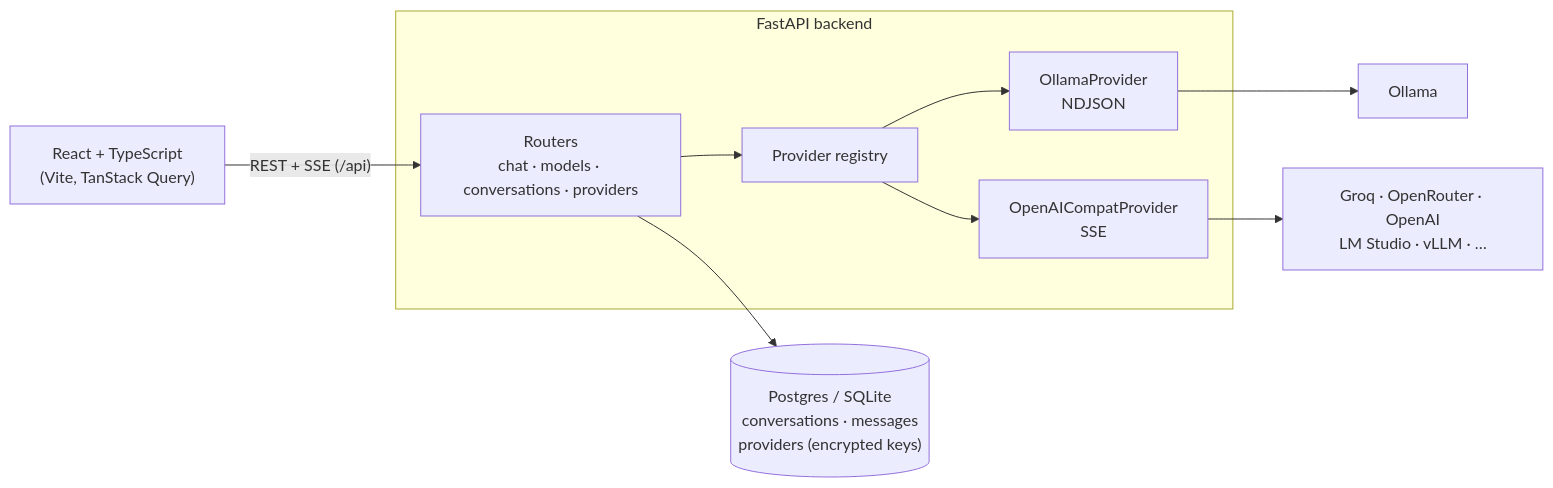
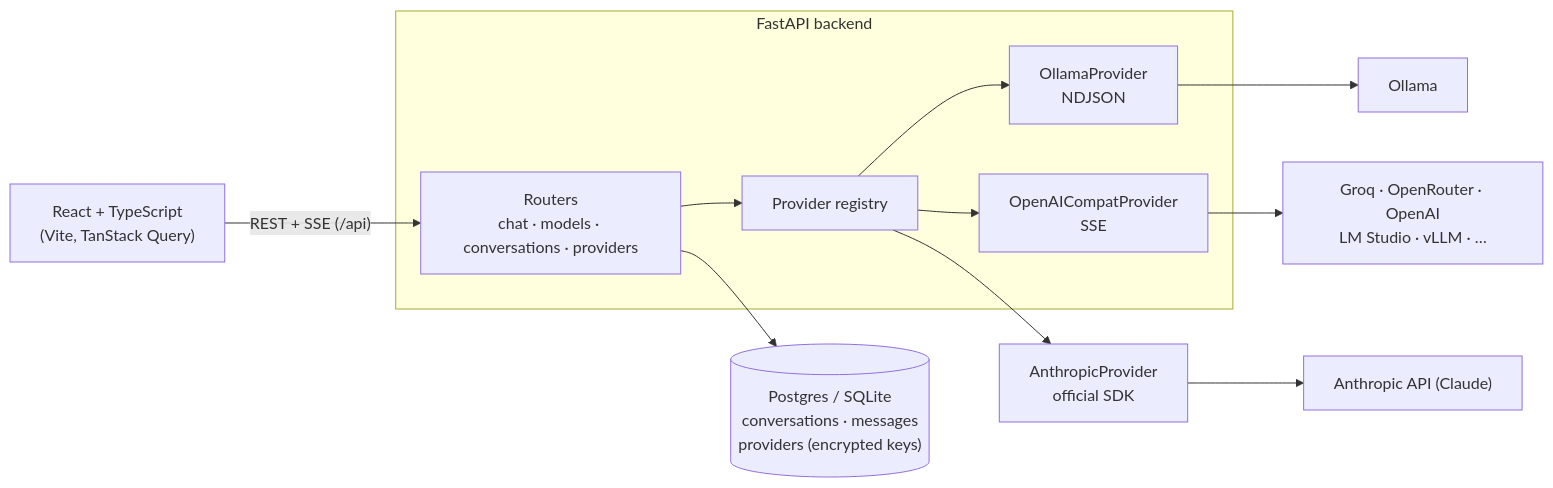
Before and after one commit to KartikSGulkotwar/webui-replica: the diagram in README.md, drawn with Mermaid. The commit also changed other lines of this file and 23 other files, not shown here.

First line of the commit message:
Phase 11: native Anthropic (Claude) provider

````diff
--- a/README.md
+++ b/README.md
@@ -33,18 +34,20 @@
 ```mermaid
 flowchart LR
     UI["React + TypeScript<br/>(Vite, TanStack Query)"]
     subgraph API["FastAPI backend"]
         R["Routers<br/>chat · models · conversations · providers"]
         REG["Provider registry"]
         OL["OllamaProvider<br/>NDJSON"]
         OA["OpenAICompatProvider<br/>SSE"]
         R --> REG
         REG --> OL
         REG --> OA
     end
     DB[("Postgres / SQLite<br/>conversations · messages<br/>providers (encrypted keys)")]
     UI -- "REST + SSE (/api)" --> R
     R --> DB
+    REG --> AN["AnthropicProvider<br/>official SDK"]
     OL --> O["Ollama"]
+    AN --> C["Anthropic API (Claude)"]
     OA --> G["Groq · OpenRouter · OpenAI<br/>LM Studio · vLLM · …"]
 ```
````
